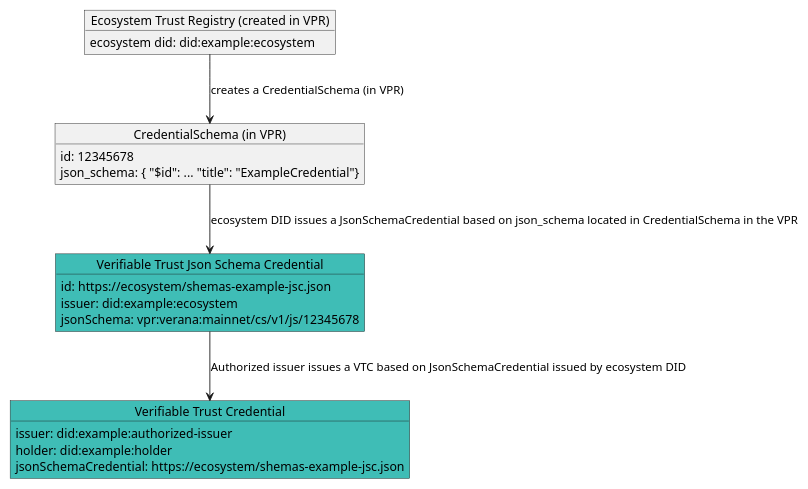
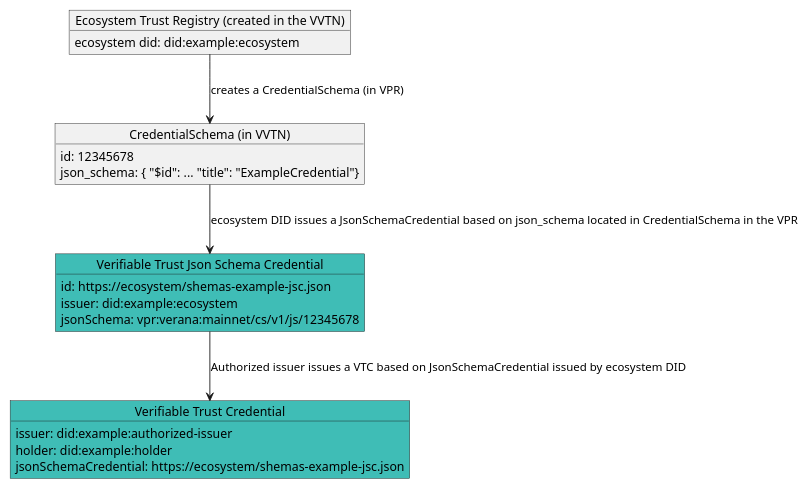
The diagram in docs/learn/verifiable-trust/50-verifiable-trust-credential.md (verana-labs/verana-docs), drawn with PlantUML before and after one commit. The commit also changed other lines of this file and 12 other files, not shown here.

````diff
--- a/docs/learn/verifiable-trust/50-verifiable-trust-credential.md
+++ b/docs/learn/verifiable-trust/50-verifiable-trust-credential.md
@@ -17,30 +17,30 @@
 ```plantuml
 
 @startuml
 scale max 800 width
-object "Ecosystem Trust Registry (created in VPR)" as es {
+object "Ecosystem Trust Registry (created in the VVTN)" as es {
   ecosystem did: did:example:ecosystem
 }
-object "CredentialSchema (in VPR)" as cs {
+object "CredentialSchema (in VVTN)" as cs {
   id: 12345678
   json_schema: { "$id": ... "title": "ExampleCredential"}
 }
 object "Verifiable Trust Json Schema Credential" as jsc #3fbdb6 {
   id: https://ecosystem/shemas-example-jsc.json
   issuer: did:example:ecosystem
   jsonSchema: vpr:verana:mainnet/cs/v1/js/12345678
 }
 
 object "Verifiable Trust Credential" as vscred #3fbdb6 {
   issuer: did:example:authorized-issuer
   holder: did:example:holder
   jsonSchemaCredential: https://ecosystem/shemas-example-jsc.json
 }
 
  jsc --> vscred: Authorized issuer issues a VTC based on JsonSchemaCredential issued by ecosystem DID
 cs --> jsc : ecosystem DID issues a JsonSchemaCredential based on json_schema located in CredentialSchema in the VPR
 es --> cs : creates a CredentialSchema (in VPR)
 
 @enduml
 
 ```
````
